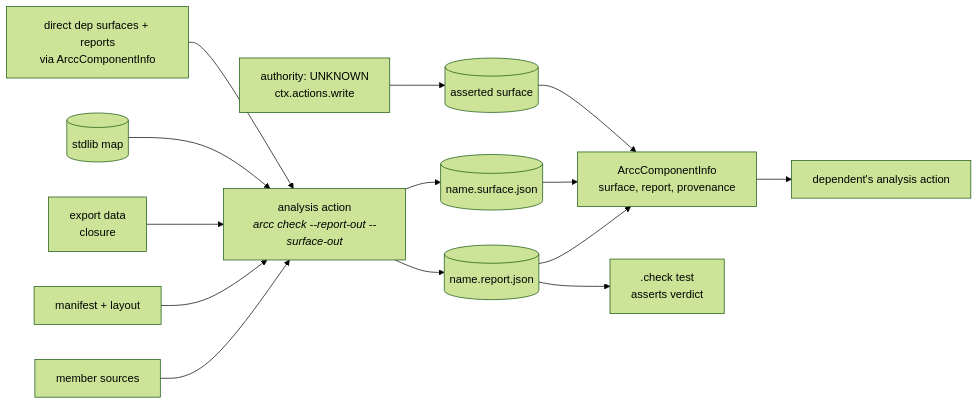
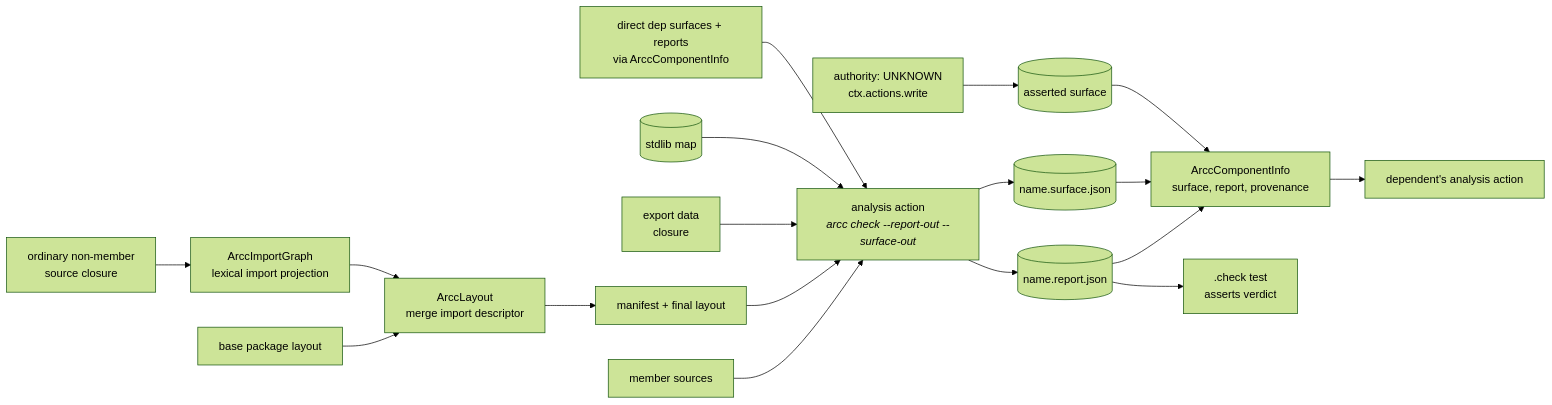
The second of 4 diagrams in .agents/planning/2026-08-04-compositional-component-analysis/design/detailed-design.md (ono-sendai-labs/architectural-contracts), drawn with Mermaid (forest theme) before and after one commit. The commit also changed other lines of this file, not shown here.

````diff
--- a/.agents/planning/2026-08-04-compositional-component-analysis/design/detailed-design.md
+++ b/.agents/planning/2026-08-04-compositional-component-analysis/design/detailed-design.md
@@ -241,16 +269,20 @@
 ```mermaid
 flowchart LR
     SRC[member sources] --> AN[analysis action<br/><i>arcc check --report-out --surface-out</i>]
-    MAN[manifest + layout] --> AN
+    MAN[manifest + final layout] --> AN
     EXP[export data<br/>closure] --> AN
     MAP[(stdlib map)] --> AN
     DS[direct dep surfaces + reports<br/>via ArccComponentInfo] --> AN
+    NSRC[ordinary non-member<br/>source closure] --> IG["ArccImportGraph<br/>lexical import projection"]
+    BASE[base package layout] --> IL["ArccLayout<br/>merge import descriptor"]
+    IG --> IL
+    IL --> MAN
     AN --> REP[(name.report.json)]
     AN --> SUR[(name.surface.json)]
     REP --> PROV[ArccComponentInfo<br/>surface, report, provenance]
     SUR --> PROV
     REP --> T[".check test<br/>asserts verdict"]
     PROV --> DEP[dependent's analysis action]
     UNK["authority: UNKNOWN<br/>ctx.actions.write"] --> ASUR[(asserted surface)]
     ASUR --> PROV
 ```
````
